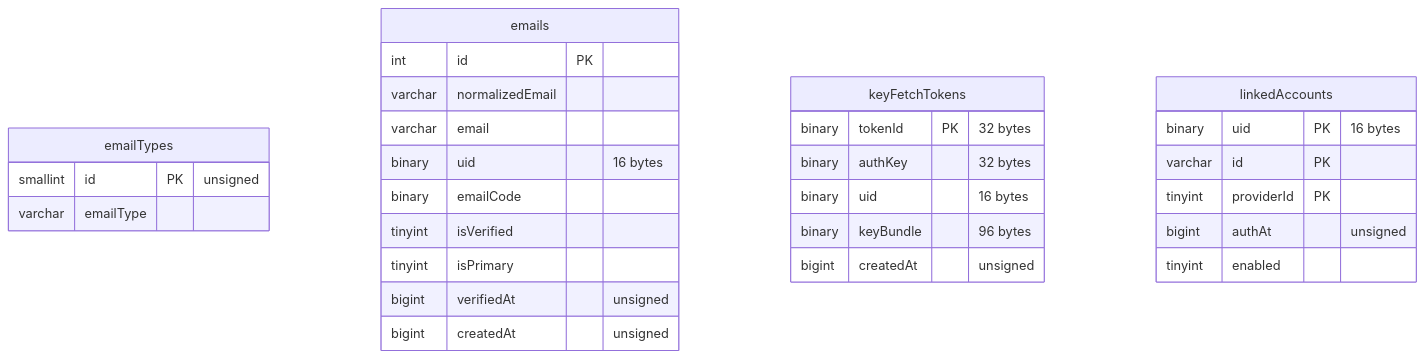
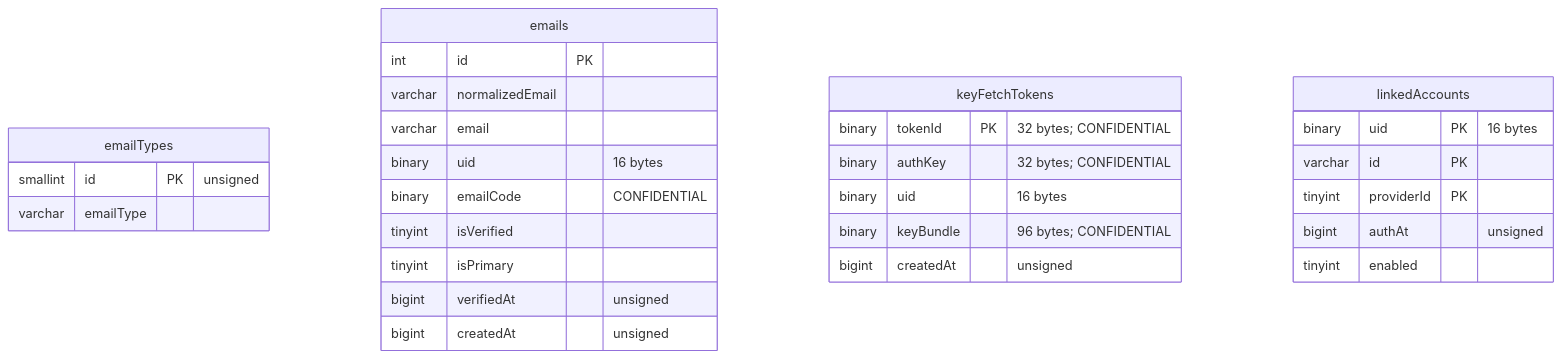
One commit to mozilla/ecosystem-platform changed the third of 10 diagrams in docs/reference/database-structure.md. Above: the diagram before and after it, drawn with Mermaid. The commit also changed other lines of this file, not shown here.

````diff
--- a/docs/reference/database-structure.md
+++ b/docs/reference/database-structure.md
@@ -101,32 +101,32 @@
 ```mermaid
 erDiagram
     emailTypes {
         smallint id PK "unsigned"
         varchar emailType
     }
     emails {
         int id PK
         varchar normalizedEmail
         varchar email
         binary uid "16 bytes"
-        binary emailCode
+        binary emailCode "CONFIDENTIAL"
         tinyint isVerified
         tinyint isPrimary
         bigint verifiedAt "unsigned"
         bigint createdAt "unsigned"
     }
     keyFetchTokens {
-        binary tokenId PK "32 bytes"
-        binary authKey "32 bytes"
+        binary tokenId PK "32 bytes; CONFIDENTIAL"
+        binary authKey "32 bytes; CONFIDENTIAL"
         binary uid "16 bytes"
-        binary keyBundle "96 bytes"
+        binary keyBundle "96 bytes; CONFIDENTIAL"
         bigint createdAt "unsigned"
     }
     linkedAccounts {
         binary uid PK "16 bytes"
         varchar id PK
         tinyint providerId PK
         bigint authAt "unsigned"
         tinyint enabled
     }
 ```
````
